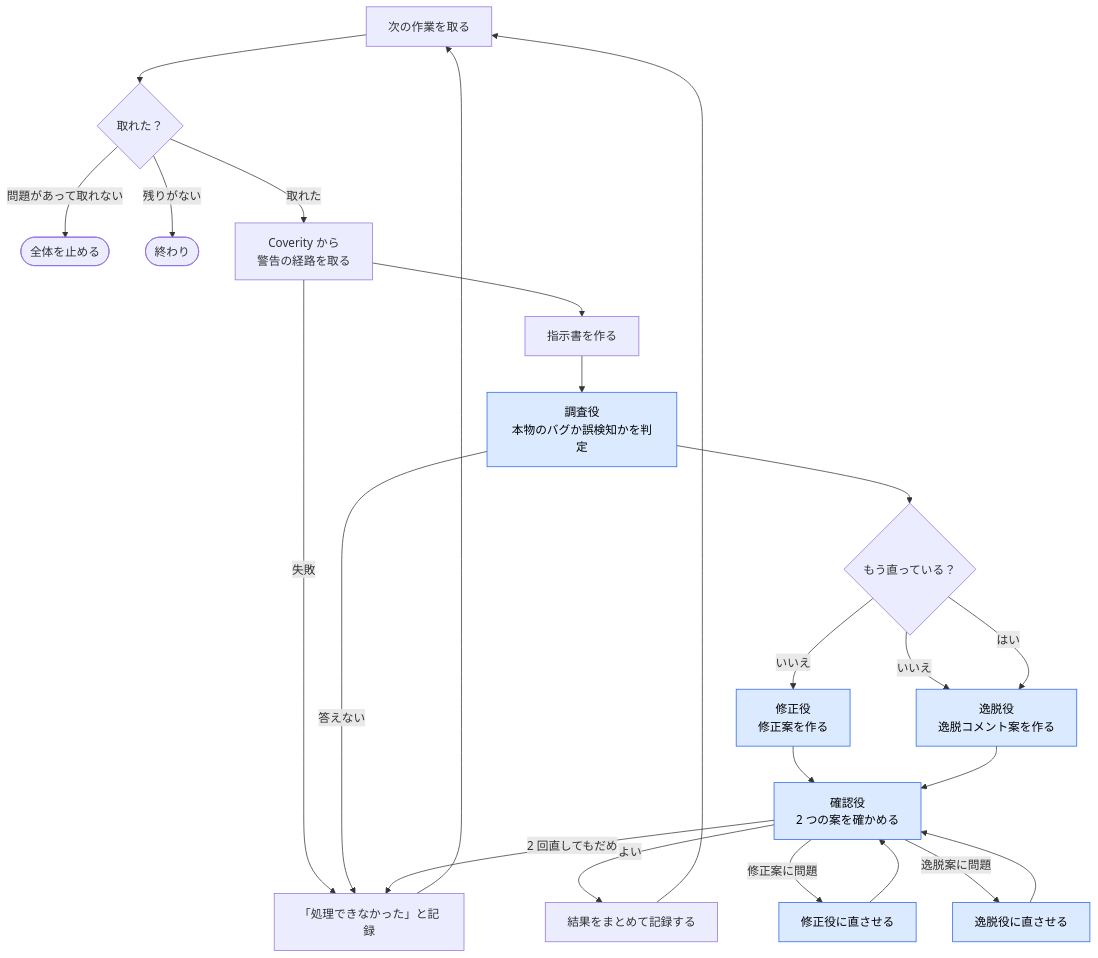
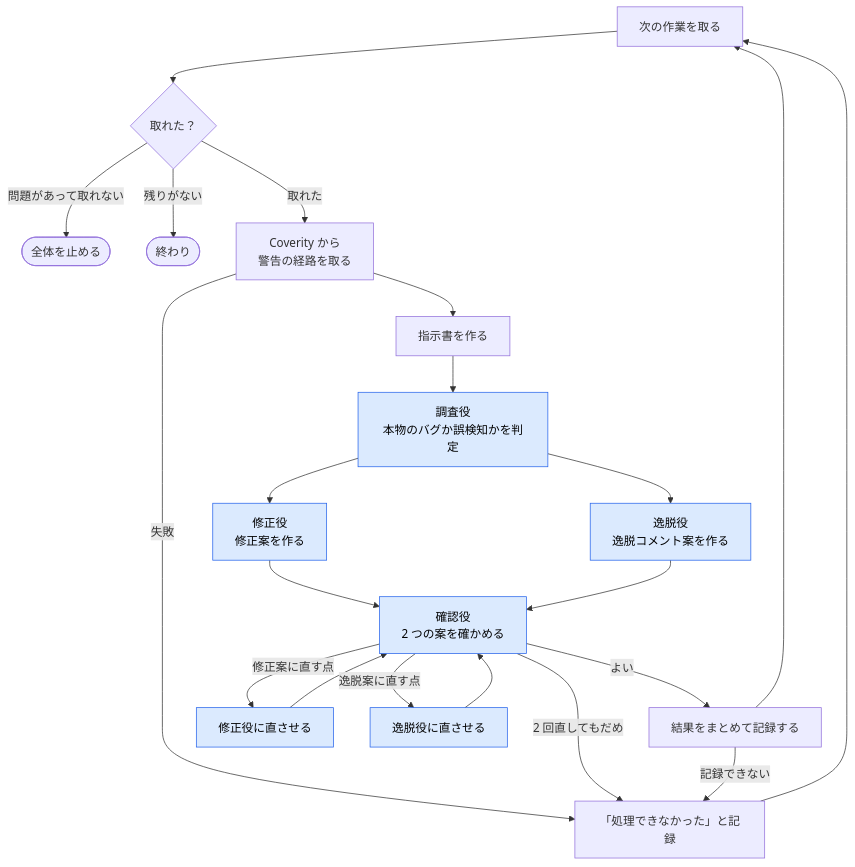
The second of 2 diagrams in plugins/coverity-triage/workflow/coverity-triage-run.md (imaeda-hub/coverity-triage-agent), drawn with Mermaid before and after one commit. The commit also changed other lines of this file and 11 other files, not shown here.

````diff
--- a/plugins/coverity-triage/workflow/coverity-triage-run.md
+++ b/plugins/coverity-triage/workflow/coverity-triage-run.md
@@ -35,28 +35,26 @@
 ```mermaid
 flowchart TD
     L1["次の作業を取る"] --> L2{"取れた？"}
     L2 -- "問題があって取れない" --> L9(["全体を止める"])
     L2 -- "残りがない" --> L10(["終わり"])
     L2 -- "取れた" --> L3["Coverity から<br>警告の経路を取る"]
     L3 -- "失敗" --> L8
     L3 --> L4["指示書を作る"]
     L4 --> L5["調査役<br>本物のバグか誤検知かを判定"]
-    L5 -- "答えない" --> L8
-    L5 --> L11{"もう直っている？"}
-    L11 -- "いいえ" --> L12["修正役<br>修正案を作る"]
-    L11 -- "いいえ" --> L13["逸脱役<br>逸脱コメント案を作る"]
-    L11 -- "はい" --> L13
+    L5 --> L12["修正役<br>修正案を作る"]
+    L5 --> L13["逸脱役<br>逸脱コメント案を作る"]
     L12 --> L14["確認役<br>2 つの案を確かめる"]
     L13 --> L14
     L14 -- "よい" --> L6["結果をまとめて記録する"]
-    L14 -- "修正案に問題" --> L16["修正役に直させる"]
-    L14 -- "逸脱案に問題" --> L17["逸脱役に直させる"]
+    L14 -- "修正案に直す点" --> L16["修正役に直させる"]
+    L14 -- "逸脱案に直す点" --> L17["逸脱役に直させる"]
     L16 --> L14
     L17 --> L14
     L14 -- "2 回直してもだめ" --> L8["「処理できなかった」と記録"]
+    L6 -- "記録できない" --> L8
     L6 --> L1
     L8 --> L1
 
     classDef ai fill:#dbeafe,stroke:#2563eb,color:#000
     class L5,L12,L13,L14,L16,L17 ai
 ```
````
